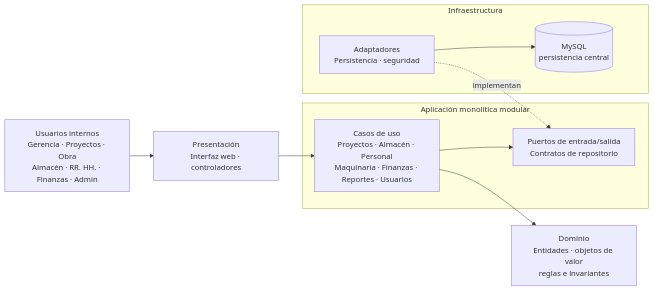
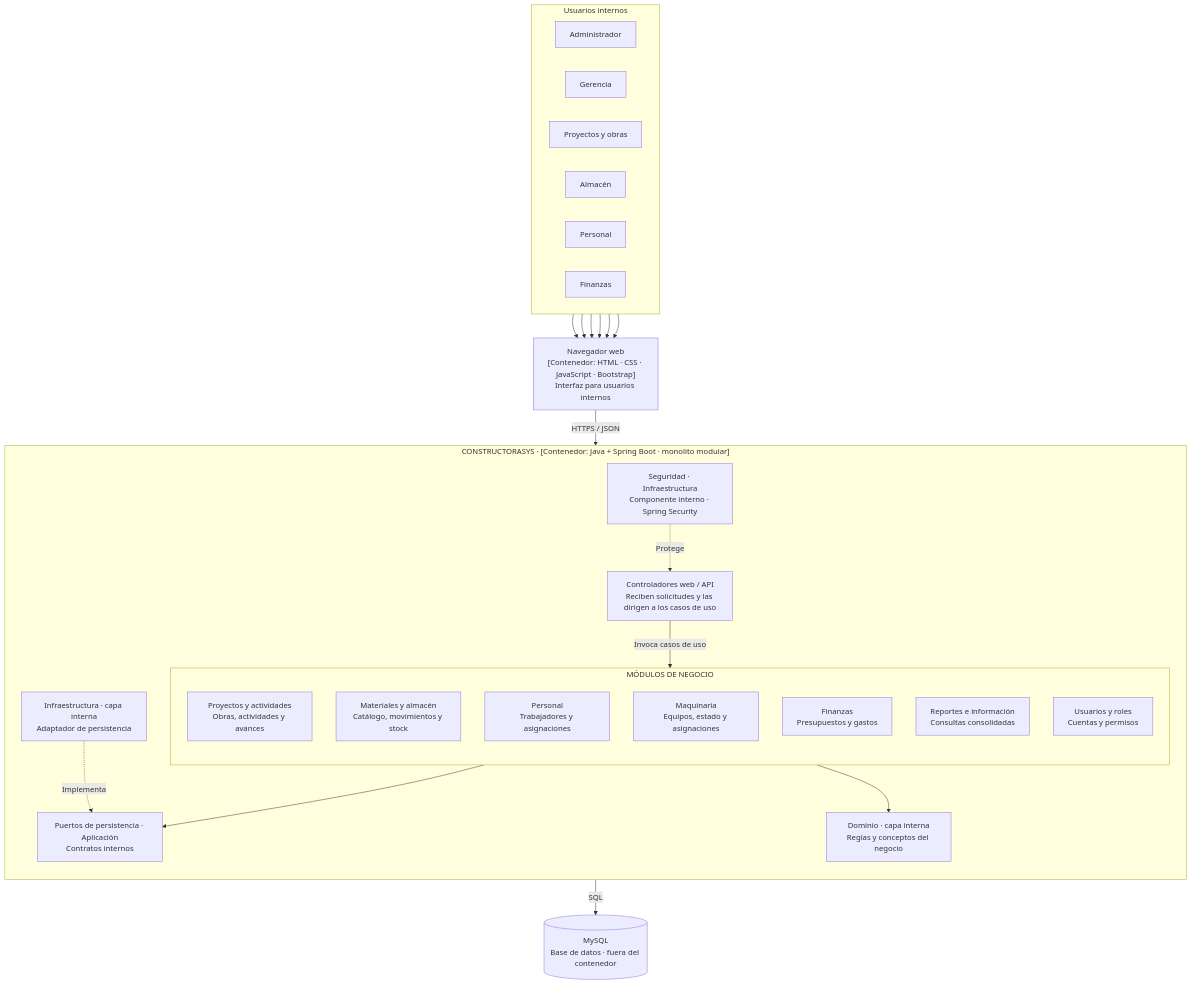
The diagram in img/fuentes/arquitectura-componentes.mmd (dostinarroyo/Constructora-arquitSoft-02-Dostin_Arroyo), drawn with Mermaid before and after one commit. The commit also changed 2 other files, not shown here.

Commit message:
docs: actualizar diagrama de componentes de ConstructoraSys

```diff
--- a/img/fuentes/arquitectura-componentes.mmd
+++ b/img/fuentes/arquitectura-componentes.mmd
@@ -1,21 +1,49 @@
-flowchart LR
-    actor["Usuarios internos<br/>Gerencia · Proyectos · Obra<br/>Almacén · RR. HH. · Finanzas · Admin"]
-    web["Presentación<br/>Interfaz web · controladores"]
-
-    subgraph app["Aplicación monolítica modular"]
-        usecases["Casos de uso<br/>Proyectos · Almacén · Personal<br/>Maquinaria · Finanzas · Reportes · Usuarios"]
-        ports["Puertos de entrada/salida<br/>Contratos de repositorio"]
-        usecases --> ports
+flowchart TB
+    subgraph actors["Usuarios internos"]
+        direction LR
+        admin["Administrador"]
+        management["Gerencia"]
+        project_user["Proyectos y obras"]
+        warehouse_user["Almacén"]
+        staff_user["Personal"]
+        finance_user["Finanzas"]
     end
 
-    domain["Dominio<br/>Entidades · objetos de valor<br/>reglas e invariantes"]
-    subgraph infra["Infraestructura"]
-        adapters["Adaptadores<br/>Persistencia · seguridad"]
-        mysql[("MySQL<br/>persistencia central")]
-        adapters --> mysql
+    browser["Navegador web<br/>[Contenedor: HTML · CSS · JavaScript · Bootstrap]<br/>Interfaz para usuarios internos"]
+
+    subgraph app["CONSTRUCTORASYS · [Contenedor: Java + Spring Boot · monolito modular]"]
+        direction TB
+        api["Controladores web / API<br/>Reciben solicitudes y las dirigen a los casos de uso"]
+        security["Seguridad · Infraestructura<br/>Componente interno · Spring Security"]
+
+        subgraph modules["MÓDULOS DE NEGOCIO"]
+            direction TB
+            projects["Proyectos y actividades<br/>Obras, actividades y avances"]
+            warehouse["Materiales y almacén<br/>Catálogo, movimientos y stock"]
+            staff["Personal<br/>Trabajadores y asignaciones"]
+            machinery["Maquinaria<br/>Equipos, estado y asignaciones"]
+            finance["Finanzas<br/>Presupuestos y gastos"]
+            reports["Reportes e información<br/>Consultas consolidadas"]
+            users["Usuarios y roles<br/>Cuentas y permisos"]
+        end
+
+        domain["Dominio · capa interna<br/>Reglas y conceptos del negocio"]
+        ports["Puertos de persistencia · Aplicación<br/>Contratos internos"]
+        adapter["Infraestructura · capa interna<br/>Adaptador de persistencia"]
     end
 
-    actor --> web
-    web --> usecases
-    usecases --> domain
-    adapters -. "implementan" .-> ports
+    database[("MySQL<br/>Base de datos · fuera del contenedor")]
+
+    admin --> browser
+    management --> browser
+    project_user --> browser
+    warehouse_user --> browser
+    staff_user --> browser
+    finance_user --> browser
+    browser -->|"HTTPS / JSON"| api
+    security -.->|"Protege"| api
+    api -->|"Invoca casos de uso"| modules
+    modules --> domain
+    modules --> ports
+    adapter -.->|"Implementa"| ports
+    adapter -->|"SQL"| database
```
